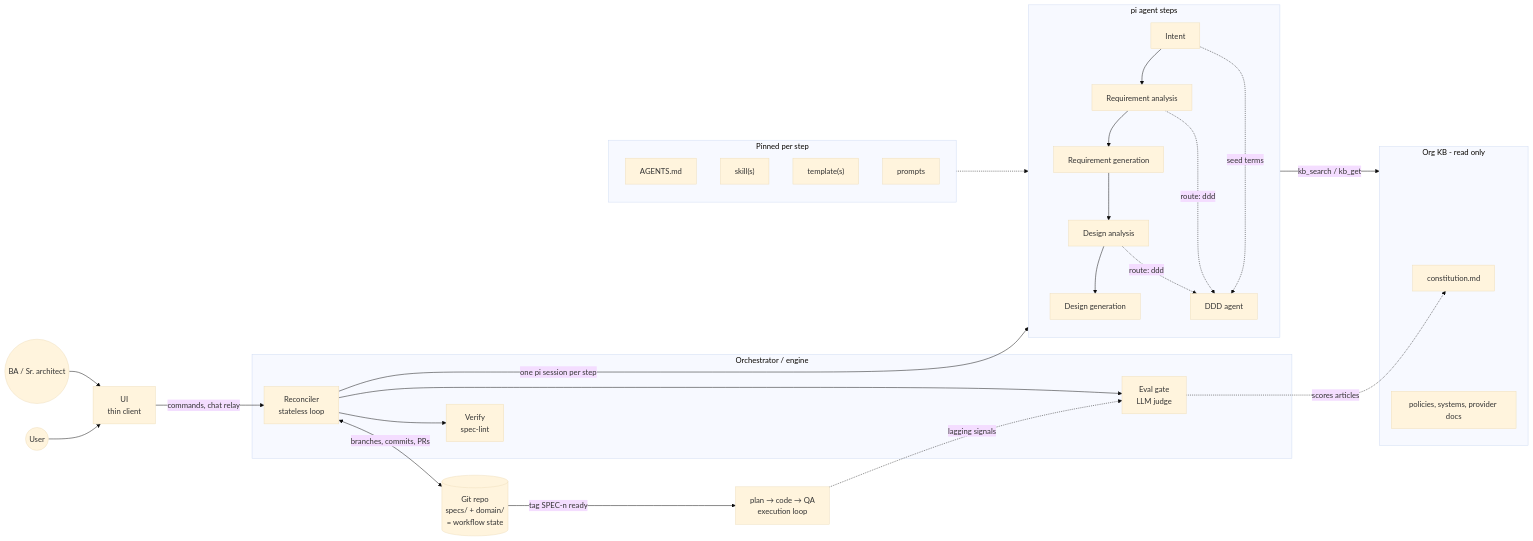
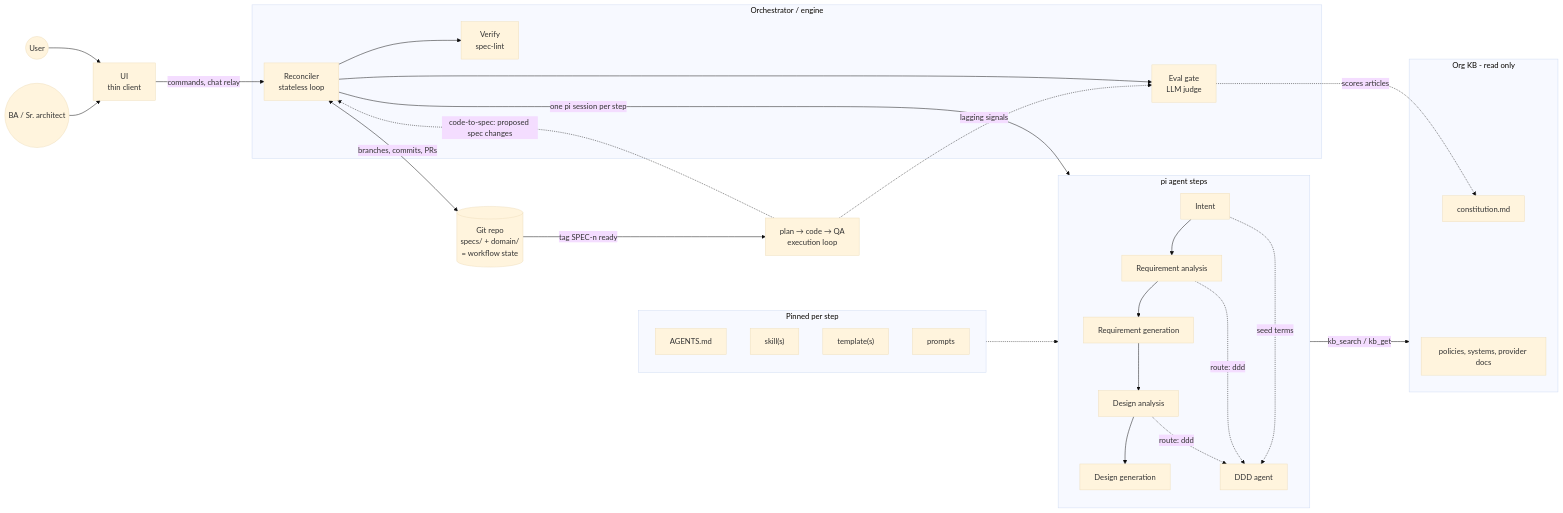
Before and after one commit to balaji-balu/spec-contracts: the diagram in docs/diagrams/00-architecture.mmd, drawn with Mermaid (base theme). The commit also changed 2 other files, not shown here.

Commit message:
README: spec is the source of truth, spec ⇄ code
The README now opens with the platform's aim: an AI-native, spec-driven
development platform where the spec is the source of truth, code is
generated from it (spec-to-code) and what the code teaches us comes back
as proposed spec changes (code-to-spec). The first line matches the
GitHub repo description.

- Status says spec-to-code and code-to-spec are planned, not built.
- The architecture diagram (README and docs/diagrams/00-architecture.mmd)
  gains the code-to-spec edge from the execution loop to the reconciler.
- CLAUDE.md "What this is" describes the whole platform and says this
  repo covers intent → requirements → design today.

```diff
--- a/docs/diagrams/00-architecture.mmd
+++ b/docs/diagrams/00-architecture.mmd
@@ -1,35 +1,36 @@
 flowchart LR
   user((User)) --> UI
   rev((BA / Sr. architect)) --> UI
   UI["UI<br/>thin client"] -->|commands, chat relay| R
   subgraph ENG[Orchestrator / engine]
     R["Reconciler<br/>stateless loop"]
     V["Verify<br/>spec-lint"]
     EV["Eval gate<br/>LLM judge"]
   end
   R <-->|branches, commits, PRs| GIT[("Git repo<br/>specs/ + domain/<br/>= workflow state")]
   R -->|one pi session per step| AG
   R --> V
   R --> EV
   subgraph AG[pi agent steps]
     IA[Intent] --> RA[Requirement analysis] --> RG[Requirement generation] --> DA[Design analysis] --> DG[Design generation]
     DDD[DDD agent]
     RA -.->|route: ddd| DDD
     DA -.->|route: ddd| DDD
     IA -.->|seed terms| DDD
   end
   subgraph CFG[Pinned per step]
     AGM[AGENTS.md]
     SK["skill(s)"]
     TP["template(s)"]
     PR[prompts]
   end
   CFG -.-> AG
   subgraph KB[Org KB - read only]
     CON[constitution.md]
     DOCS[policies, systems, provider docs]
   end
   AG -->|kb_search / kb_get| KB
   EV -.->|scores articles| CON
   GIT -->|tag SPEC-n ready| EXE["plan → code → QA<br/>execution loop"]
   EXE -.->|lagging signals| EV
+  EXE -.->|code-to-spec: proposed spec changes| R
```
